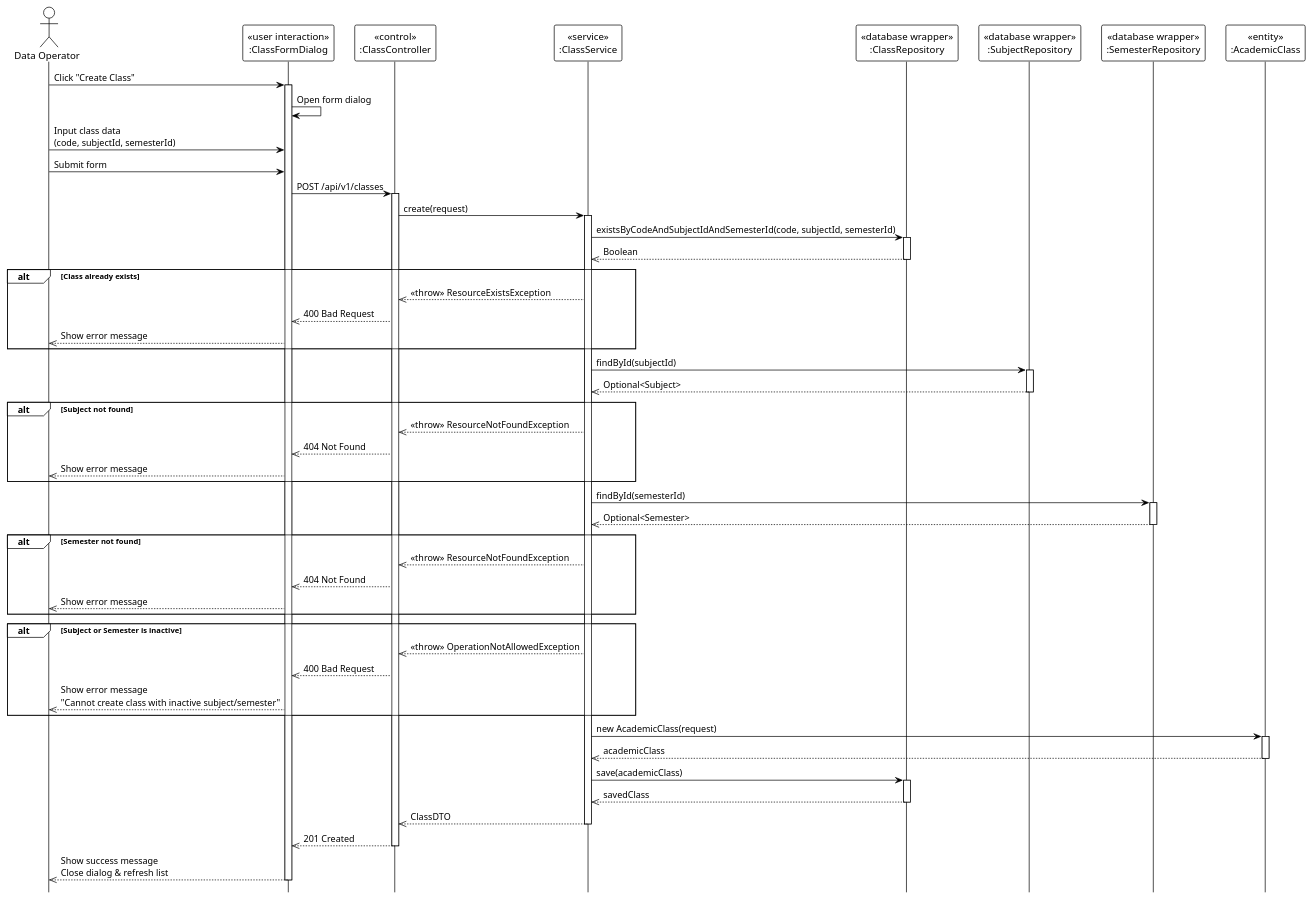
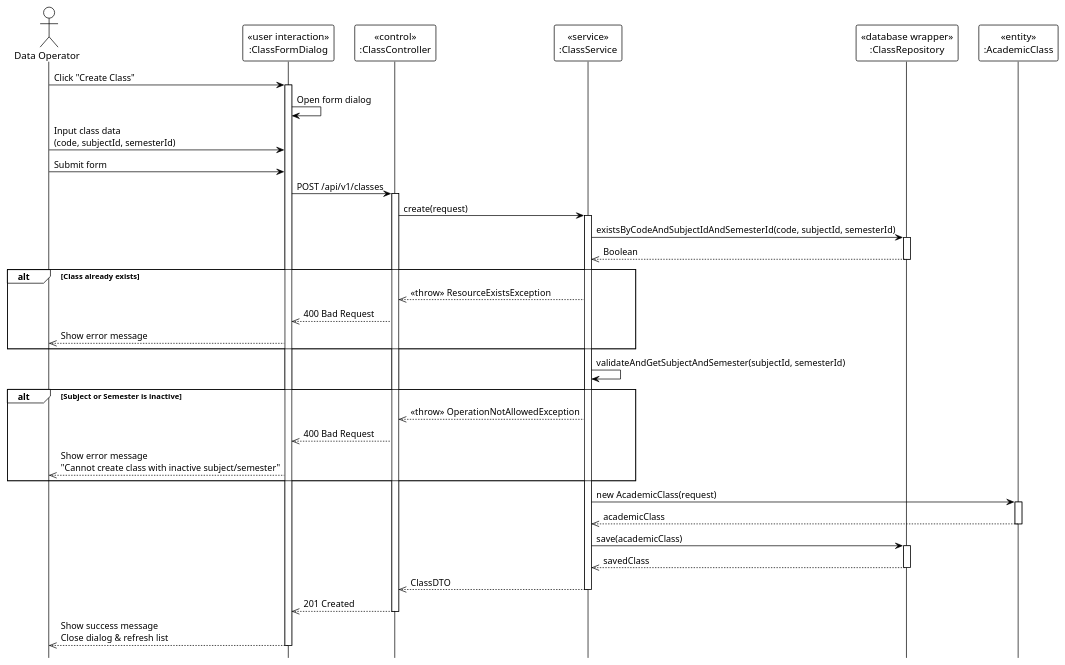
One commit to Ndh474/context changed the diagram in system_detailed_design/25_create_class/sequence_diagram_create_class.puml. Above: the diagram before and after it, drawn with PlantUML. The commit also changed 12 other files, not shown here.

Commit message:
docs: Add detailed design sequence diagrams for slot, class, and subject management operations.

```diff
--- a/system_detailed_design/25_create_class/sequence_diagram_create_class.puml
+++ b/system_detailed_design/25_create_class/sequence_diagram_create_class.puml
@@ -1,94 +1,72 @@
 @startuml create_class
 !theme plain
 hide footbox
 
 actor "Data Operator" as DataOperator
 
 participant "«user interaction»\n:ClassFormDialog" as UI
 participant "«control»\n:ClassController" as Controller
 participant "«service»\n:ClassService" as Service
 participant "«database wrapper»\n:ClassRepository" as Repository
-participant "«database wrapper»\n:SubjectRepository" as SubjectRepository
-participant "«database wrapper»\n:SemesterRepository" as SemesterRepository
 participant "«entity»\n:AcademicClass" as Entity
 
 ' === MAIN FLOW ===
 DataOperator -> UI: Click "Create Class"
 activate UI
 
 UI -> UI: Open form dialog
 
 DataOperator -> UI: Input class data\n(code, subjectId, semesterId)
 
 DataOperator -> UI: Submit form
 UI -> Controller: POST /api/v1/classes
 activate Controller
 
 Controller -> Service: create(request)
 activate Service
 
 ' === VALIDATION: UNIQUE CONSTRAINT ===
 Service -> Repository: existsByCodeAndSubjectIdAndSemesterId(code, subjectId, semesterId)
 activate Repository
 Repository -->> Service: Boolean
 deactivate Repository
 
 alt Class already exists
     Service -->> Controller: <<throw>> ResourceExistsException
     Controller -->> UI: 400 Bad Request
     UI -->> DataOperator: Show error message
 end
 
-' === LOOKUP SUBJECT ===
-Service -> SubjectRepository: findById(subjectId)
-activate SubjectRepository
-SubjectRepository -->> Service: Optional<Subject>
-deactivate SubjectRepository
-
-alt Subject not found
-    Service -->> Controller: <<throw>> ResourceNotFoundException
-    Controller -->> UI: 404 Not Found
-    UI -->> DataOperator: Show error message
-end
-
-' === LOOKUP SEMESTER ===
-Service -> SemesterRepository: findById(semesterId)
-activate SemesterRepository
-SemesterRepository -->> Service: Optional<Semester>
-deactivate SemesterRepository
-
-alt Semester not found
-    Service -->> Controller: <<throw>> ResourceNotFoundException
-    Controller -->> UI: 404 Not Found
-    UI -->> DataOperator: Show error message
-end
+' === LOOKUP REFERENCES (Internal) ===
+Service -> Service: validateAndGetSubjectAndSemester(subjectId, semesterId)
+' (Omitted interactions with other repositories for simplicity)
 
 ' === CHECK ACTIVE STATUS ===
 alt Subject or Semester is inactive
     Service -->> Controller: <<throw>> OperationNotAllowedException
     Controller -->> UI: 400 Bad Request
     UI -->> DataOperator: Show error message\n"Cannot create class with inactive subject/semester"
 end
 
 ' === CREATE ENTITY ===
 Service -> Entity: new AcademicClass(request)
 activate Entity
 Entity -->> Service: academicClass
 deactivate Entity
 
 ' === SAVE ===
 Service -> Repository: save(academicClass)
 activate Repository
 Repository -->> Service: savedClass
 deactivate Repository
 
 Service -->> Controller: ClassDTO
 deactivate Service
 
 Controller -->> UI: 201 Created
 deactivate Controller
 
 UI -->> DataOperator: Show success message\nClose dialog & refresh list
 deactivate UI
 
 @enduml
```
